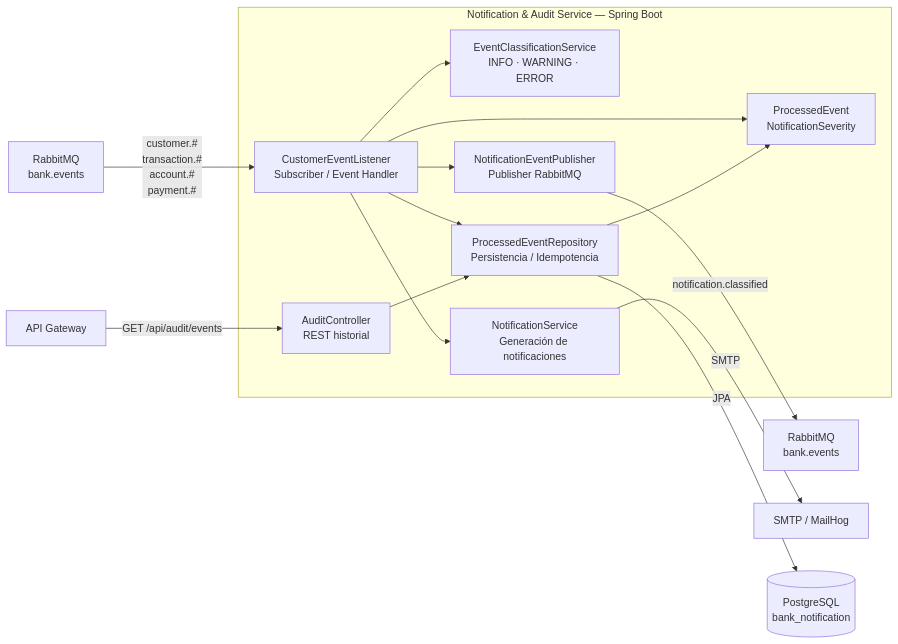
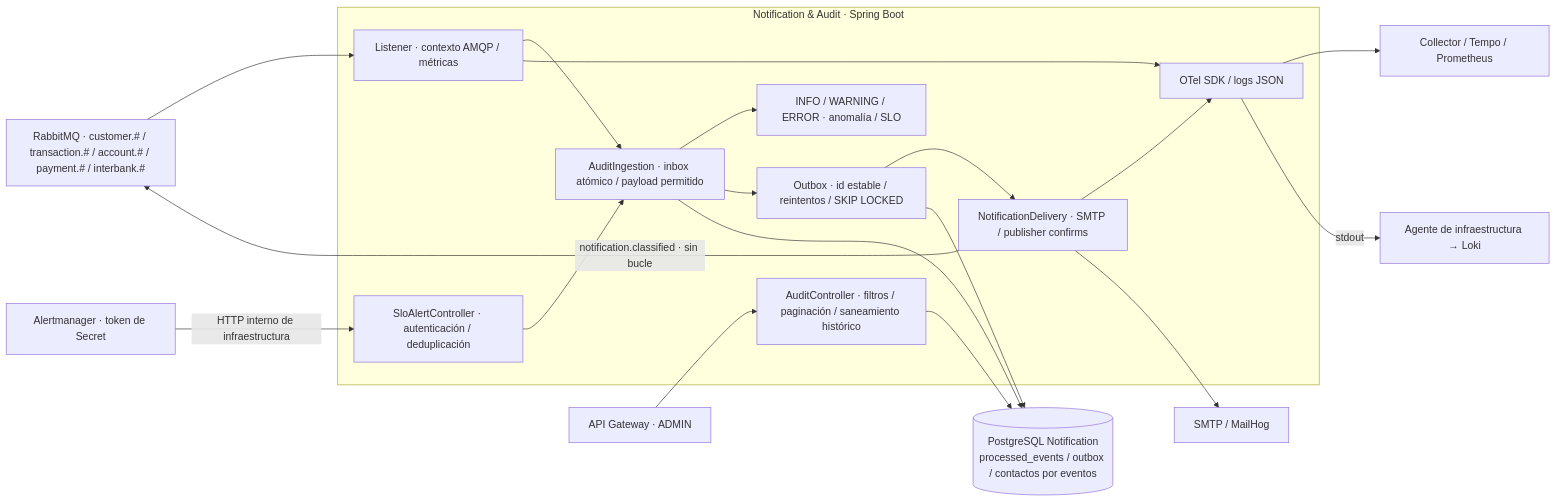
One commit to Ahletz/Proyecto-SA-B-10 changed the diagram in docs/01-arquitectura/c4-src/c4-component-notification-audit.mmd. Above: the diagram before and after it, drawn with Mermaid. The commit also changed 59 other files, not shown here.

```diff
--- a/docs/01-arquitectura/c4-src/c4-component-notification-audit.mmd
+++ b/docs/01-arquitectura/c4-src/c4-component-notification-audit.mmd
@@ -1,42 +1,33 @@
 flowchart LR
-    rabbitIn["RabbitMQ\nbank.events"]
-    rabbitOut["RabbitMQ\nbank.events"]
-    gateway["API Gateway"]
+    rabbit["RabbitMQ · customer.# / transaction.# / account.# / payment.# / interbank.#"]
+    gateway["API Gateway · ADMIN"]
+    alertmanager["Alertmanager · token de Secret"]
+    subgraph notification["Notification & Audit · Spring Boot"]
+        listener["Listener · contexto AMQP / métricas"]
+        ingestion["AuditIngestion · inbox atómico / payload permitido"]
+        classifier["INFO / WARNING / ERROR · anomalía / SLO"]
+        outbox["Outbox · id estable / reintentos / SKIP LOCKED"]
+        delivery["NotificationDelivery · SMTP / publisher confirms"]
+        query["AuditController · filtros / paginación / saneamiento histórico"]
+        webhook["SloAlertController · autenticación / deduplicación"]
+        sdk["OTel SDK / logs JSON"]
+        listener --> ingestion --> classifier
+        ingestion --> outbox --> delivery
+        webhook --> ingestion
+        listener --> sdk
+        delivery --> sdk
+    end
+    db[("PostgreSQL Notification
+processed_events / outbox / contactos por eventos")]
     smtp["SMTP / MailHog"]
-
-    subgraph notification["Notification & Audit Service — Spring Boot"]
-        listener["CustomerEventListener\nSubscriber / Event Handler"]
-
-        classifier["EventClassificationService\nINFO · WARNING · ERROR"]
-
-        notificationService["NotificationService\nGeneración de notificaciones"]
-
-        publisher["NotificationEventPublisher\nPublisher RabbitMQ"]
-
-        repository["ProcessedEventRepository\nPersistencia / Idempotencia"]
-
-        controller["AuditController\nREST historial"]
-
-        model["ProcessedEvent\nNotificationSeverity"]
-
-        listener --> classifier
-        listener --> notificationService
-        listener --> repository
-        listener --> publisher
-        listener --> model
-
-        controller --> repository
-        repository --> model
-    end
-
-    db[("PostgreSQL\nbank_notification")]
-
-    rabbitIn -->|"customer.#\ntransaction.#\naccount.#\npayment.#"| listener
-
-    repository -->|"JPA"| db
-
-    notificationService -->|"SMTP"| smtp
-
-    publisher -->|"notification.classified"| rabbitOut
-
-    gateway -->|"GET /api/audit/events"| controller
+    telemetry["Collector / Tempo / Prometheus"]
+    logagent["Agente de infraestructura → Loki"]
+    rabbit --> listener
+    gateway --> query --> db
+    alertmanager -->|"HTTP interno de infraestructura"| webhook
+    ingestion --> db
+    outbox --> db
+    delivery --> smtp
+    delivery -->|"notification.classified · sin bucle"| rabbit
+    sdk --> telemetry
+    sdk -->|"stdout"| logagent
```
